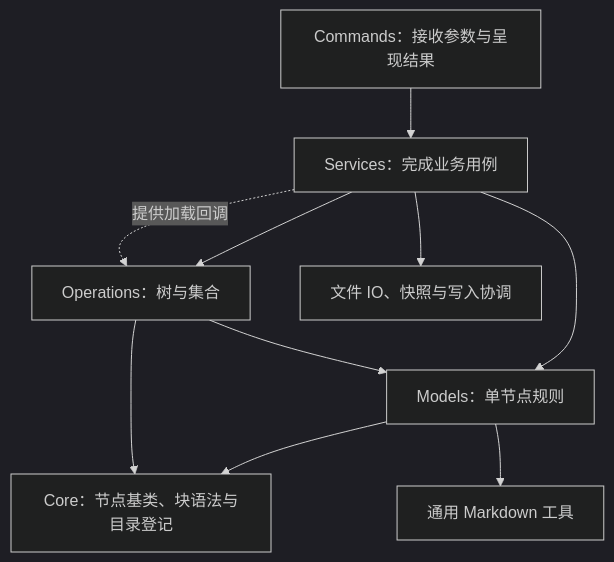
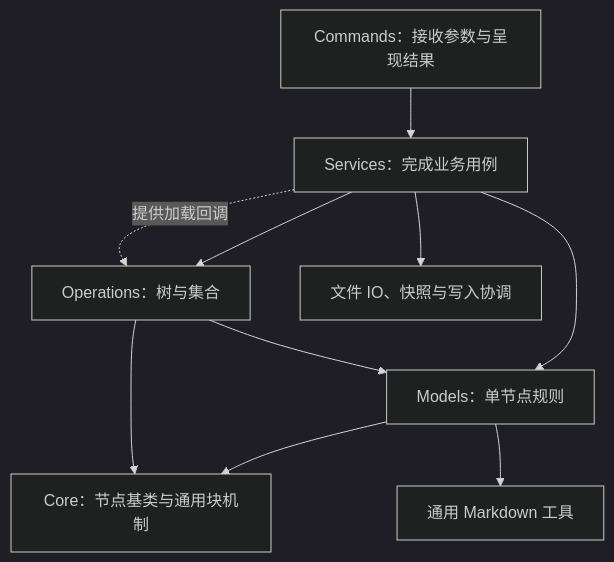
Before and after one commit to VirusPC/edges-brain-viruspc: the first of 2 diagrams in extensions/cli/README.md, drawn with Mermaid (dark theme). The commit also changed other lines of this file and 42 other files, not shown here.

````diff
--- a/extensions/cli/README.md
+++ b/extensions/cli/README.md
@@ -44,12 +44,12 @@
 ```mermaid
 flowchart TD
     C[Commands：接收参数与呈现结果] --> S[Services：完成业务用例]
     S --> M[Models：单节点规则]
     S --> O[Operations：树与集合]
     O --> M
-    M --> Core[Core：节点基类、块语法与目录登记]
+    M --> Core[Core：节点基类与通用块机制]
     O --> Core
     M --> U[通用 Markdown 工具]
     S --> F[文件 IO、快照与写入协调]
     S -. 提供加载回调 .-> O
 ```
````
